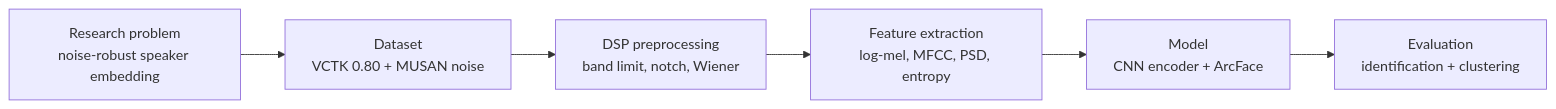
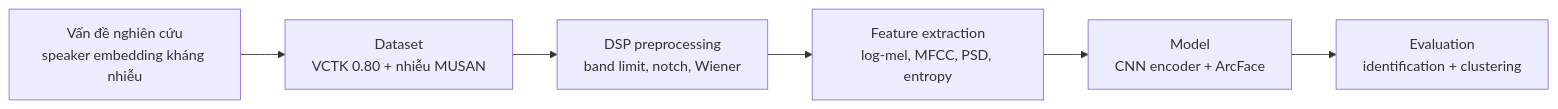
One commit to ec2003/DSP changed the diagram in report.qmd. Above: the diagram before and after it, drawn with Mermaid. The commit also changed other lines of this file and 6 other files, not shown here.

````diff
--- a/report.qmd
+++ b/report.qmd
@@ -186,8 +225,8 @@
 ```{mermaid}
 flowchart LR
-    A[Research problem<br/>noise-robust speaker embedding] --> B[Dataset<br/>VCTK 0.80 + MUSAN noise]
+    A[Vấn đề nghiên cứu<br/>speaker embedding kháng nhiễu] --> B[Dataset<br/>VCTK 0.80 + nhiễu MUSAN]
     B --> C[DSP preprocessing<br/>band limit, notch, Wiener]
     C --> D[Feature extraction<br/>log-mel, MFCC, PSD, entropy]
     D --> E[Model<br/>CNN encoder + ArcFace]
     E --> F[Evaluation<br/>identification + clustering]
 ```
````
